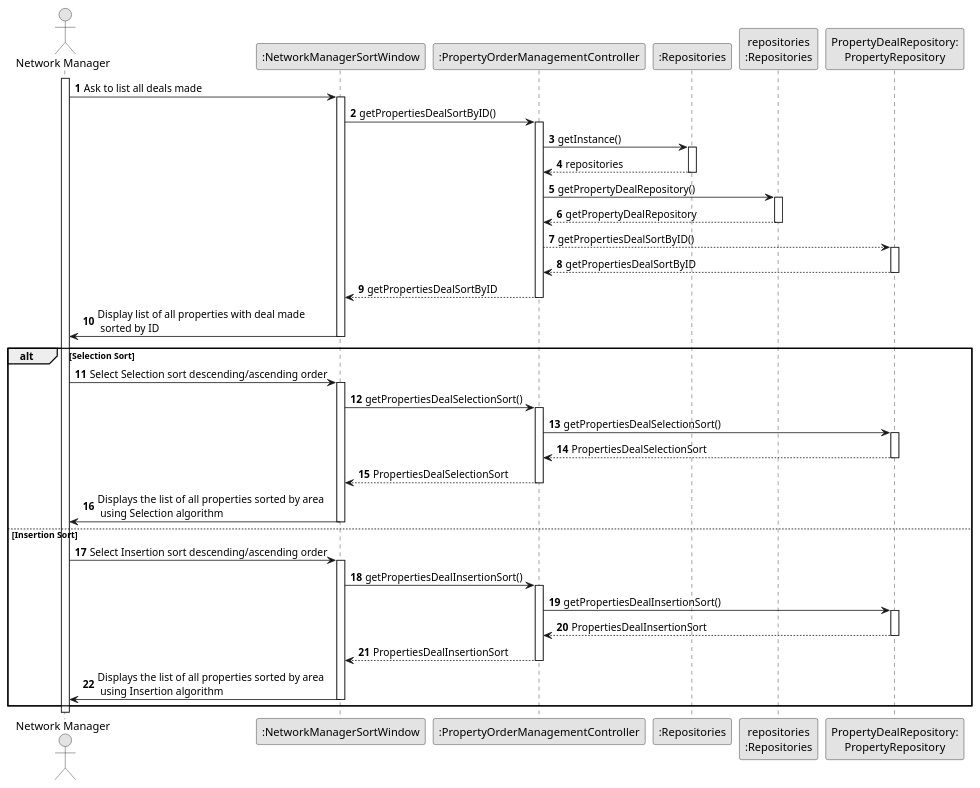
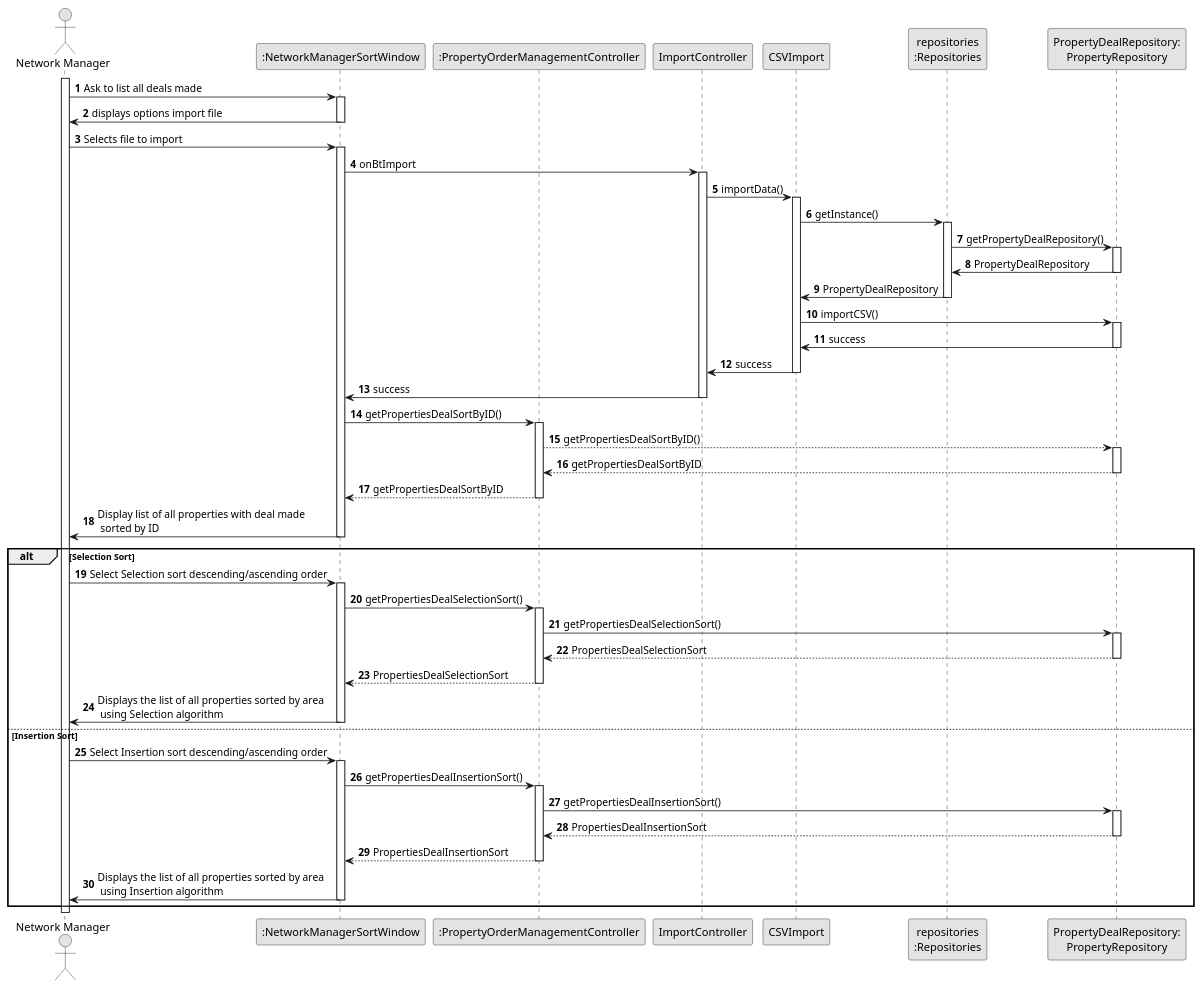
The diagram in docs/sprintD/us017/03.design/puml/us017-sequence-diagram-full.puml (Goncalves2525/real-estate-management-system), drawn with PlantUML before and after one commit. The commit also changed 9 other files, not shown here.

```diff
--- a/docs/sprintD/us017/03.design/puml/us017-sequence-diagram-full.puml
+++ b/docs/sprintD/us017/03.design/puml/us017-sequence-diagram-full.puml
@@ -1,91 +1,119 @@
 @startuml
 skinparam monochrome true
 skinparam packageStyle rectangle
 skinparam shadowing false
 
 autonumber
 
 'hide footbox
 actor "Network Manager" as NM
 participant ":NetworkManagerSortWindow" as UI
 participant ":PropertyOrderManagementController" as CTRL
-participant ":Repositories" as RepositorySingleton
+participant "ImportController" as ImportController
+participant "CSVImport" as CSVImport
 participant "repositories\n:Repositories" as PLAT
 participant "PropertyDealRepository:\nPropertyRepository" as PropertyRepository
-'participant "SortProperty" as SortProperty
-
 
 activate NM
 
 NM -> UI : Ask to list all deals made
 activate UI
 
+UI -> NM : displays options import file
+deactivate UI
+
+
+
+    NM -> UI : Selects file to import
+    activate UI
+
+    UI -> ImportController : onBtImport
+    activate ImportController
+
+    ImportController -> CSVImport : importData()
+    activate CSVImport
+
+    CSVImport -> PLAT : getInstance()
+    activate PLAT
+
+    PLAT -> PropertyRepository: getPropertyDealRepository()
+    activate PropertyRepository
+
+    PropertyRepository -> PLAT : PropertyDealRepository
+    deactivate PropertyRepository
+
+    PLAT -> CSVImport : PropertyDealRepository
+    deactivate PLAT
+
+    CSVImport ->  PropertyRepository: importCSV()
+    activate PropertyRepository
+
+    PropertyRepository -> CSVImport: success
+    deactivate PropertyRepository
+
+    CSVImport -> ImportController : success
+    deactivate CSVImport
+
+    ImportController -> UI : success
+    deactivate ImportController
+
+
+
 UI -> CTRL : getPropertiesDealSortByID()
 activate CTRL
 
-CTRL -> RepositorySingleton : getInstance()
-activate RepositorySingleton
-
-RepositorySingleton --> CTRL: repositories
-deactivate RepositorySingleton
-
- CTRL -> PLAT : getPropertyDealRepository()
-activate PLAT
-
-PLAT --> CTRL: getPropertyDealRepository
-deactivate PLAT
 
 CTRL --> PropertyRepository : getPropertiesDealSortByID()
 activate PropertyRepository
 
  PropertyRepository --> CTRL : getPropertiesDealSortByID
 deactivate PropertyRepository
 
 CTRL--> UI : getPropertiesDealSortByID
 deactivate
 
  UI -> NM: Display list of all properties with deal made\n sorted by ID
  deactivate
 
 
 
 alt Selection Sort
 
  NM -> UI : Select Selection sort descending/ascending order
  activate UI
 UI -> CTRL : getPropertiesDealSelectionSort()
 activate CTRL
 
 CTRL -> PropertyRepository : getPropertiesDealSelectionSort()
 activate PropertyRepository
 
 PropertyRepository --> CTRL : PropertiesDealSelectionSort
 deactivate PropertyRepository
 
 CTRL--> UI : PropertiesDealSelectionSort
 deactivate
 
 UI -> NM: Displays the list of all properties sorted by area \n using Selection algorithm
 deactivate
 
 else Insertion Sort
 
  NM -> UI : Select Insertion sort descending/ascending order
  activate UI
 UI -> CTRL : getPropertiesDealInsertionSort()
 activate CTRL
 
 CTRL -> PropertyRepository : getPropertiesDealInsertionSort()
 activate PropertyRepository
 
 PropertyRepository --> CTRL : PropertiesDealInsertionSort
 deactivate PropertyRepository
 
 CTRL--> UI : PropertiesDealInsertionSort
 deactivate
 
 UI -> NM: Displays the list of all properties sorted by area \n using Insertion algorithm
 deactivate
 
 end
 @enduml
```
